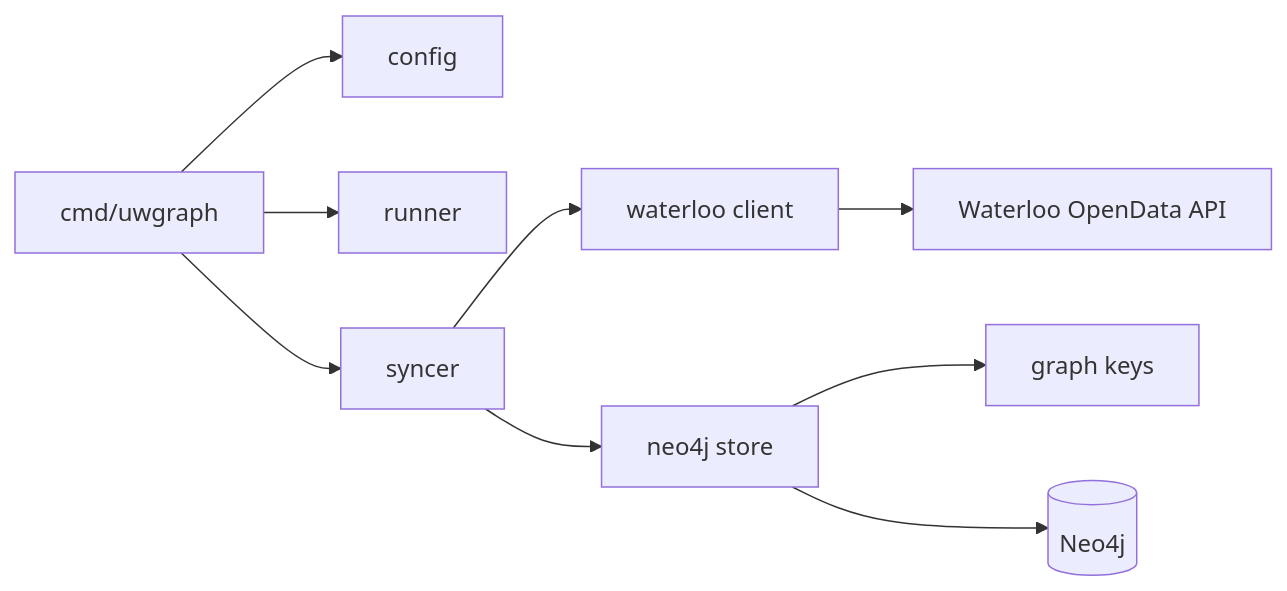
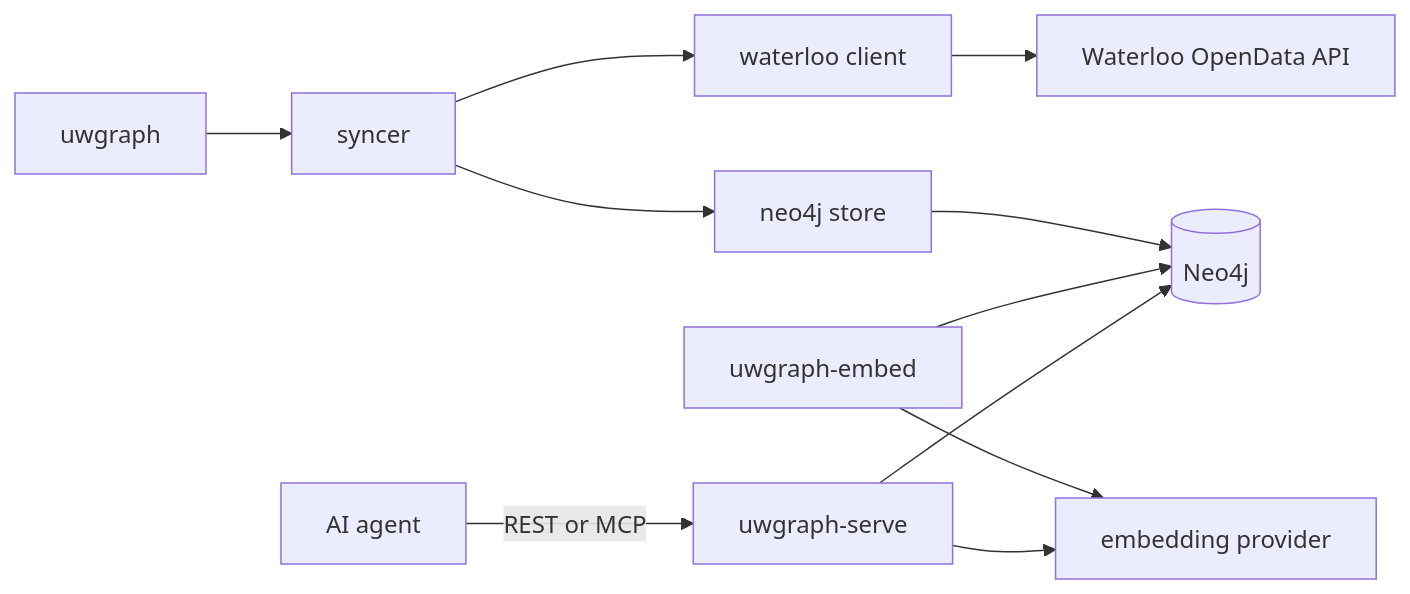
The diagram in docs/architecture.md (zxTomw/uwgraph-sync), drawn with Mermaid before and after one commit. The commit also changed other lines of this file and 33 other files, not shown here.

````diff
--- a/docs/architecture.md
+++ b/docs/architecture.md
@@ -6,11 +7,13 @@
 ```mermaid
 flowchart LR
-    M[cmd/uwgraph] --> C[config]
-    M --> R[runner]
-    M --> S[syncer]
+    M[uwgraph] --> S[syncer]
     S --> W[waterloo client]
     S --> N[neo4j store]
     W --> API[Waterloo OpenData API]
-    N --> G[graph keys]
     N --> DB[(Neo4j)]
+    E[uwgraph-embed] --> P[embedding provider]
+    E --> DB
+    K[uwgraph-serve] --> P
+    K --> DB
+    A[AI agent] -->|REST or MCP| K
 ```
````
